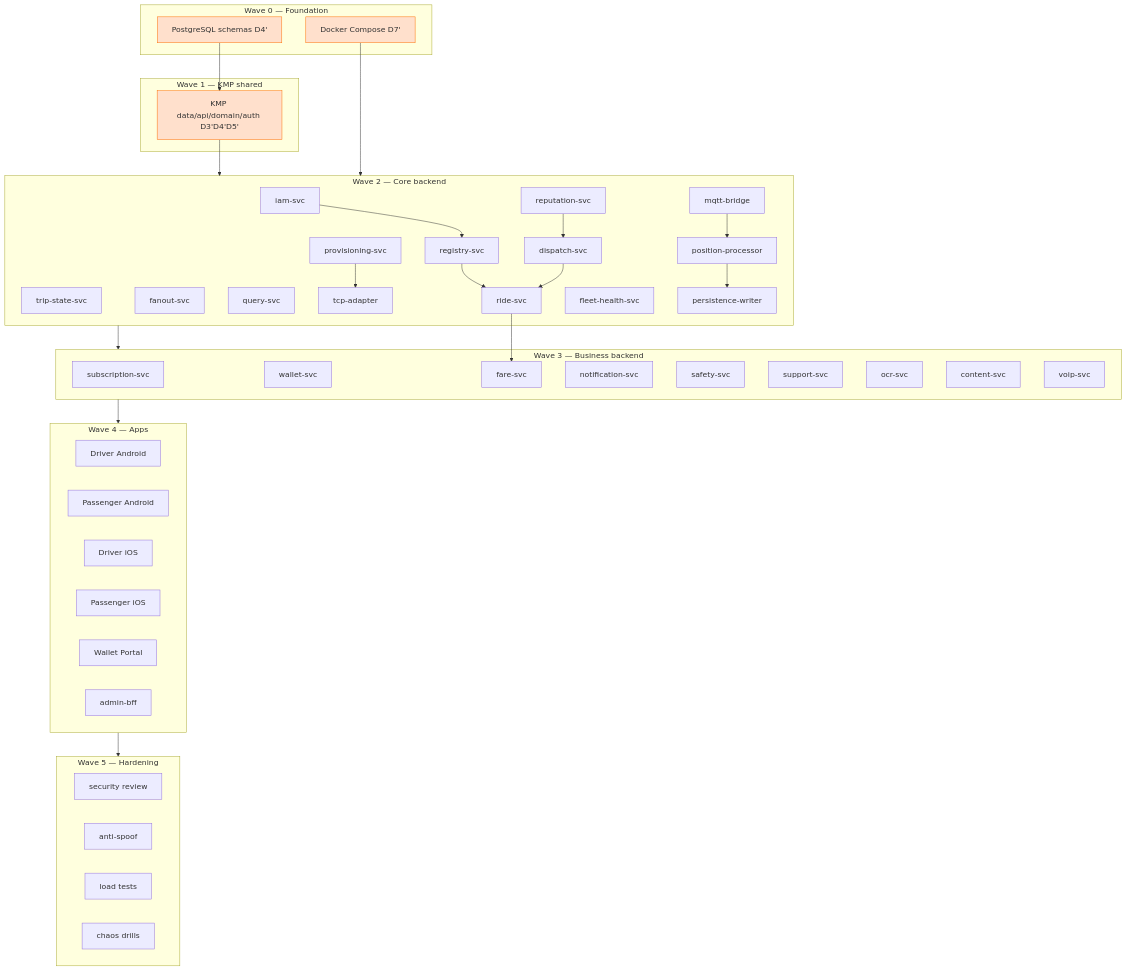
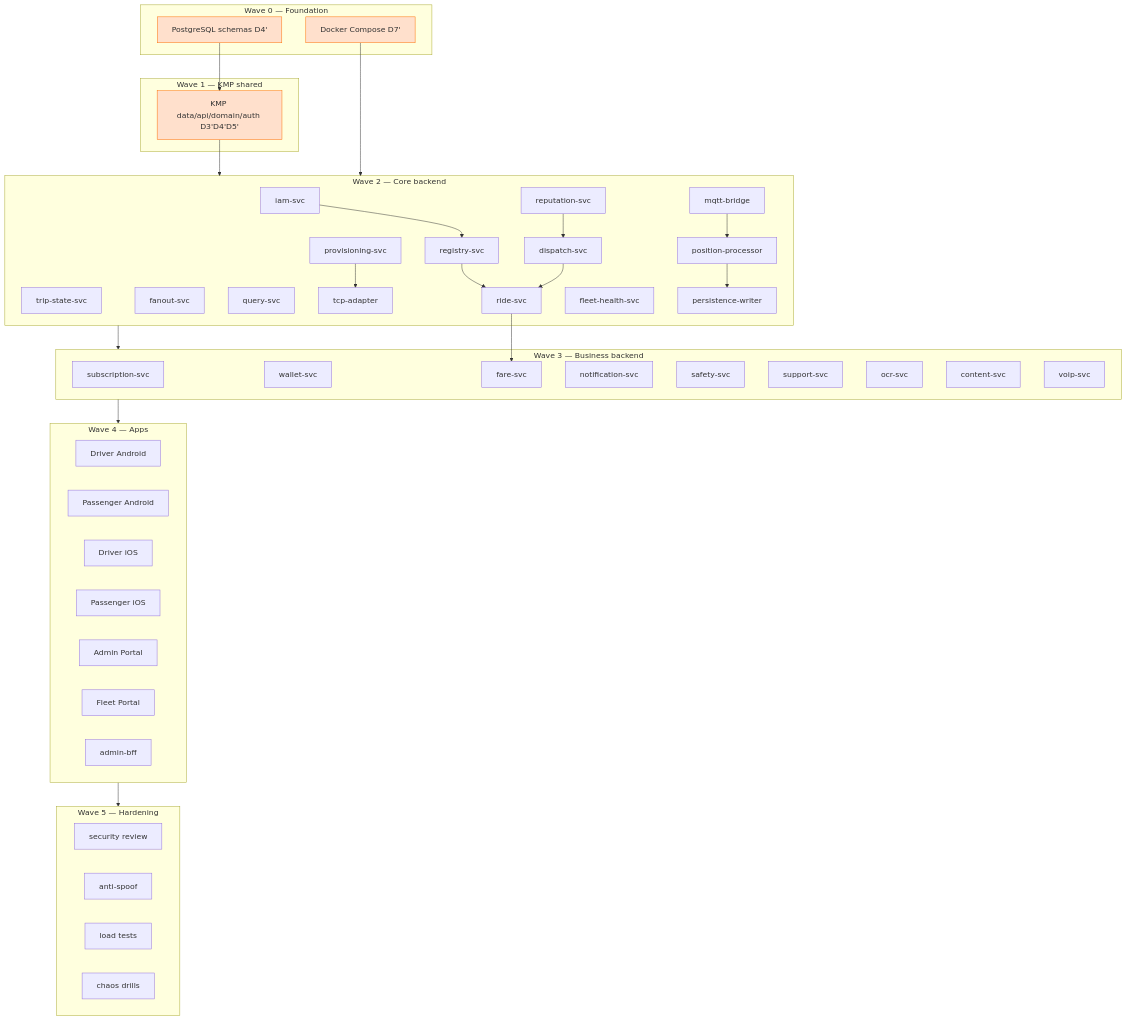
The diagram in specs/B0_consolidation_report.md (Ramitha-Silva/mageride), drawn with Mermaid before and after one commit. The commit also changed other lines of this file and 14 other files, not shown here.

````diff
--- a/specs/B0_consolidation_report.md
+++ b/specs/B0_consolidation_report.md
@@ -130,39 +136,39 @@
 ```mermaid
 graph TD
   subgraph Wave0[Wave 0 — Foundation]
     PG[PostgreSQL schemas D4']:::w
     DC[Docker Compose D7']:::w
   end
   subgraph Wave1[Wave 1 — KMP shared]
     KMP[KMP data/api/domain/auth D3'D4'D5']:::w
   end
   subgraph Wave2[Wave 2 — Core backend]
     IAM[iam-svc]; REG[registry-svc]; PROV[provisioning-svc]
     TS[trip-state-svc]; RIDE[ride-svc]; DISP[dispatch-svc]
     REP[reputation-svc]; PP[position-processor]; FAN[fanout-svc]
     QRY[query-svc]; BR[mqtt-bridge]; PW[persistence-writer]
     ADP[tcp-adapter]; FH[fleet-health-svc]
   end
   subgraph Wave3[Wave 3 — Business backend]
     SUB[subscription-svc]; WAL[wallet-svc]; FARE[fare-svc]
     NOTI[notification-svc]; SAF[safety-svc]; SUP[support-svc]
     OCR[ocr-svc]; CONT[content-svc]; VOIP[voip-svc]
   end
   subgraph Wave4[Wave 4 — Apps]
     DAND[Driver Android]; PAND[Passenger Android]
-    DIOS[Driver iOS]; PIOS[Passenger iOS]; PORTAL[Wallet Portal]; ADMIN[admin-bff]
+    DIOS[Driver iOS]; PIOS[Passenger iOS]; ADMINP[Admin Portal]; FLEETP[Fleet Portal]; ADMIN[admin-bff]
   end
   subgraph Wave5[Wave 5 — Hardening]
     SEC[security review]; SPOOF[anti-spoof]; LOAD[load tests]; CHAOS[chaos drills]
   end
   PG --> KMP --> Wave2
   DC --> Wave2
   IAM --> REG --> RIDE
   PROV --> ADP
   DISP --> RIDE
   REP --> DISP
   RIDE --> FARE
   BR --> PP --> PW
   Wave2 --> Wave3 --> Wave4 --> Wave5
   classDef w fill:#FFE0CC,stroke:#FF6D00;
 ```
````
